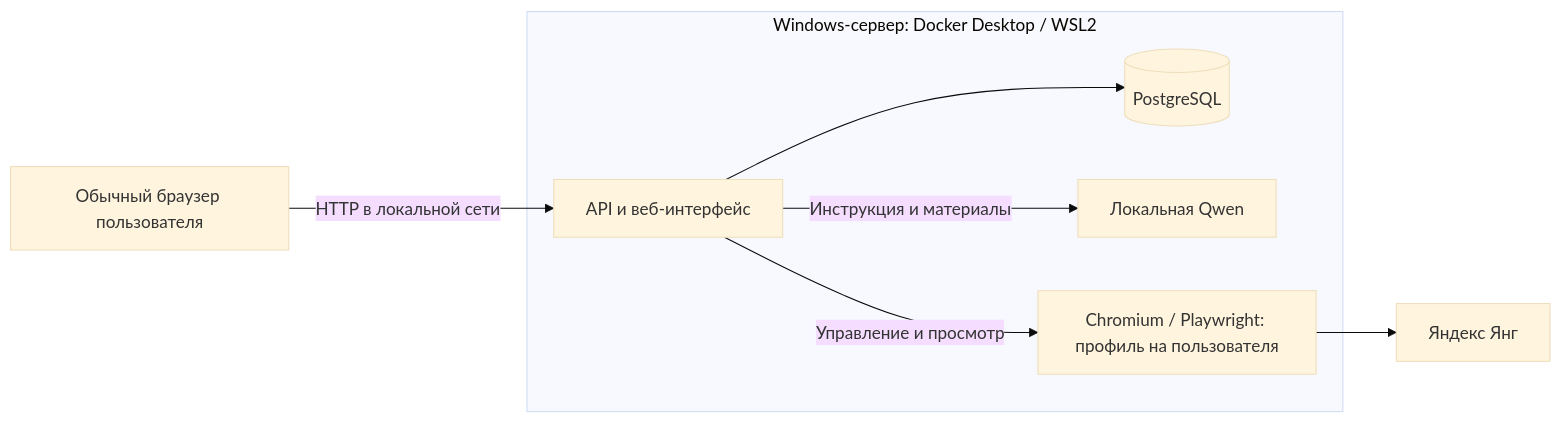
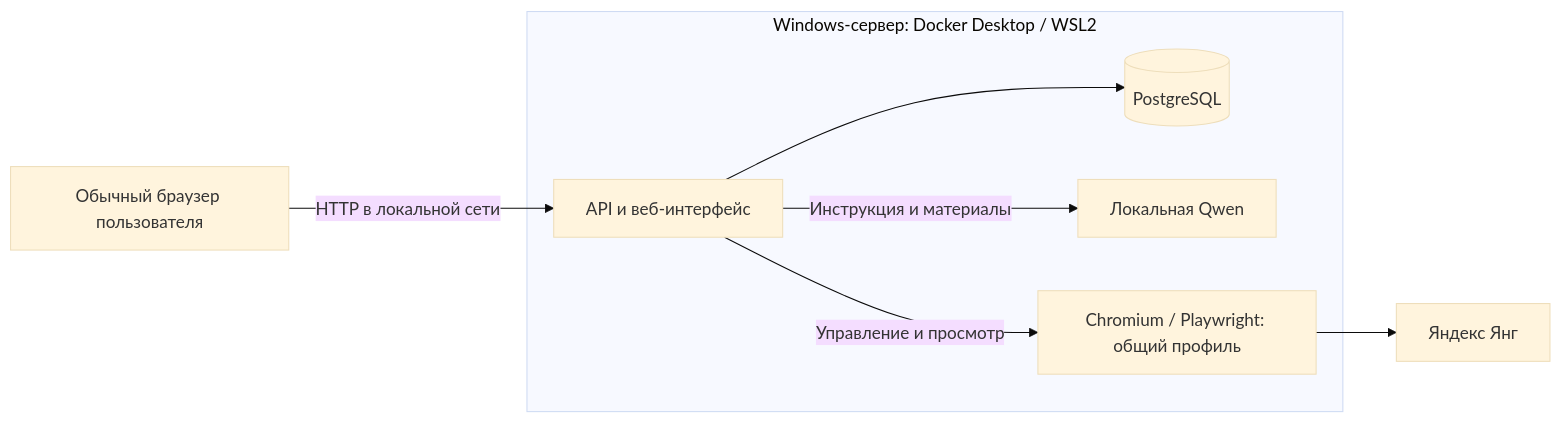
The diagram in README.md (leslychao/browserskills), drawn with Mermaid (base theme) before and after one commit. The commit also changed other lines of this file and 58 other files, not shown here.

````diff
--- a/README.md
+++ b/README.md
@@ -41,10 +47,10 @@
 ```mermaid
 flowchart LR
     Client[Обычный браузер пользователя] -->|HTTP в локальной сети| API
     subgraph Server[Windows-сервер: Docker Desktop / WSL2]
         API[API и веб-интерфейс] --> DB[(PostgreSQL)]
         API -->|Инструкция и материалы| Model[Локальная Qwen]
-        API -->|Управление и просмотр| Workers[Chromium / Playwright: профиль на пользователя]
+        API -->|Управление и просмотр| Workers[Chromium / Playwright: общий профиль]
     end
     Workers --> Yandex[Яндекс Янг]
 ```
````
